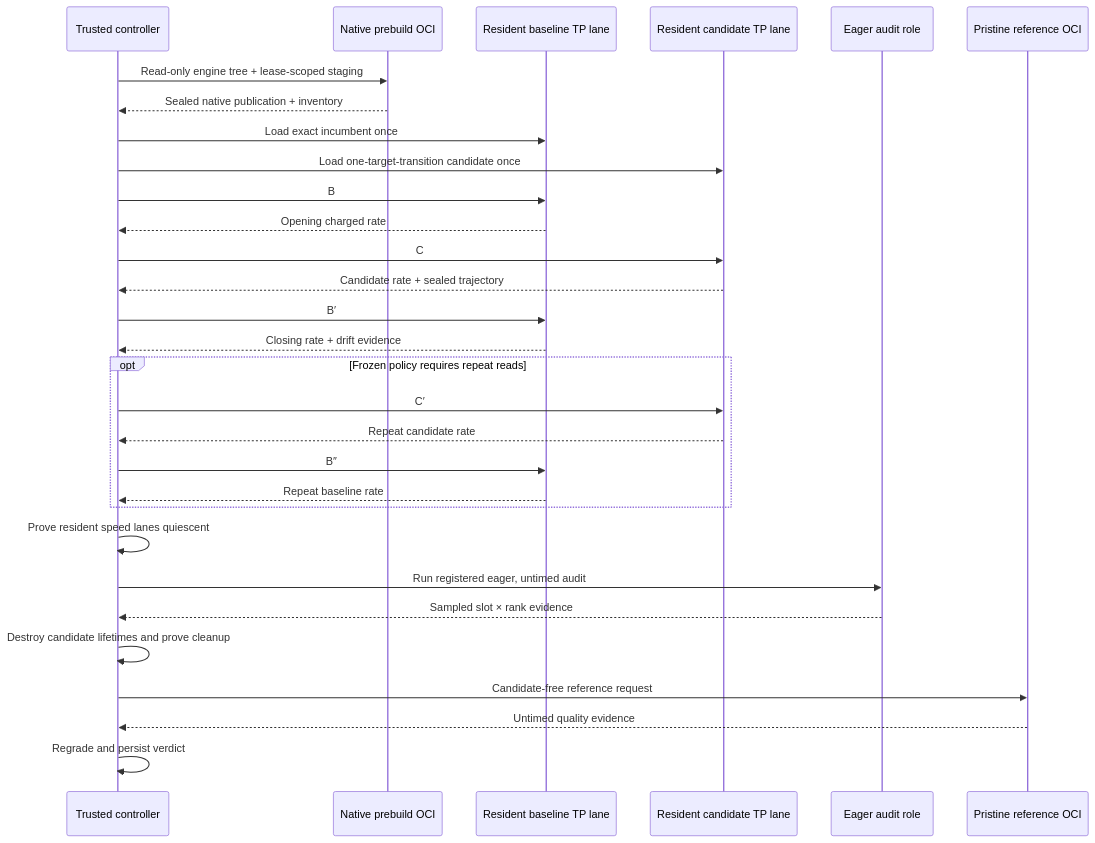
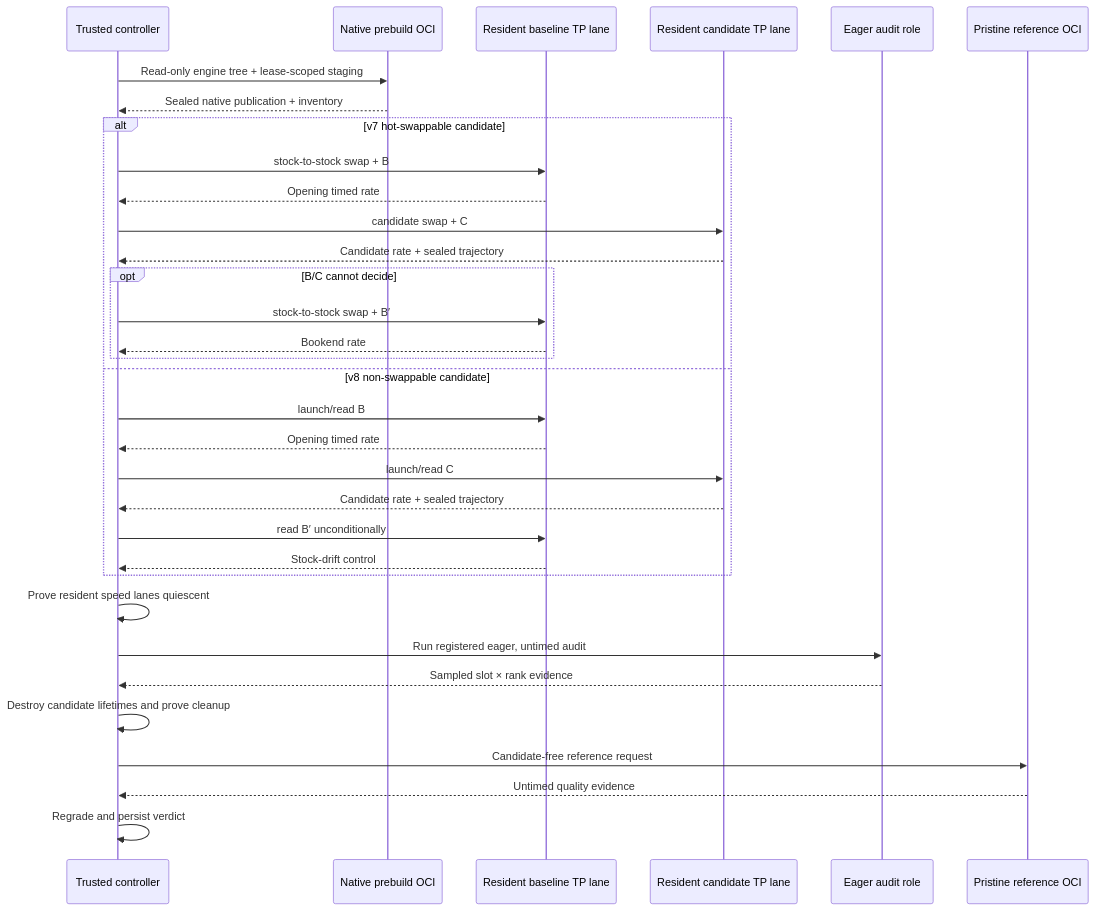
One commit to latent-to/cacheon changed the diagram in docs/security/isolation.md. Above: the diagram before and after it, drawn with Mermaid. The commit also changed other lines of this file and 38 other files, not shown here.

````diff
--- a/docs/security/isolation.md
+++ b/docs/security/isolation.md
@@ -19,33 +19,36 @@
 ```mermaid
 sequenceDiagram
     participant H as Trusted controller
     participant P as Native prebuild OCI
     participant L0 as Resident baseline TP lane
     participant L1 as Resident candidate TP lane
     participant A as Eager audit role
     participant T as Pristine reference OCI
 
     H->>P: Read-only engine tree + lease-scoped staging
     P-->>H: Sealed native publication + inventory
-    H->>L0: Load exact incumbent once
-    H->>L1: Load one-target-transition candidate once
-    H->>L0: B
-    L0-->>H: Opening charged rate
-    H->>L1: C
-    L1-->>H: Candidate rate + sealed trajectory
-    H->>L0: B′
-    L0-->>H: Closing rate + drift evidence
-    opt Frozen policy requires repeat reads
-        H->>L1: C′
-        L1-->>H: Repeat candidate rate
-        H->>L0: B″
-        L0-->>H: Repeat baseline rate
+    alt v7 hot-swappable candidate
+        H->>L0: stock-to-stock swap + B
+        L0-->>H: Opening timed rate
+        H->>L1: candidate swap + C
+        L1-->>H: Candidate rate + sealed trajectory
+        opt B/C cannot decide
+            H->>L0: stock-to-stock swap + B′
+            L0-->>H: Bookend rate
+        end
+    else v8 non-swappable candidate
+        H->>L0: launch/read B
+        L0-->>H: Opening timed rate
+        H->>L1: launch/read C
+        L1-->>H: Candidate rate + sealed trajectory
+        H->>L0: read B′ unconditionally
+        L0-->>H: Stock-drift control
     end
     H->>H: Prove resident speed lanes quiescent
     H->>A: Run registered eager, untimed audit
     A-->>H: Sampled slot × rank evidence
     H->>H: Destroy candidate lifetimes and prove cleanup
     H->>T: Candidate-free reference request
     T-->>H: Untimed quality evidence
     H->>H: Regrade and persist verdict
 ```
````
